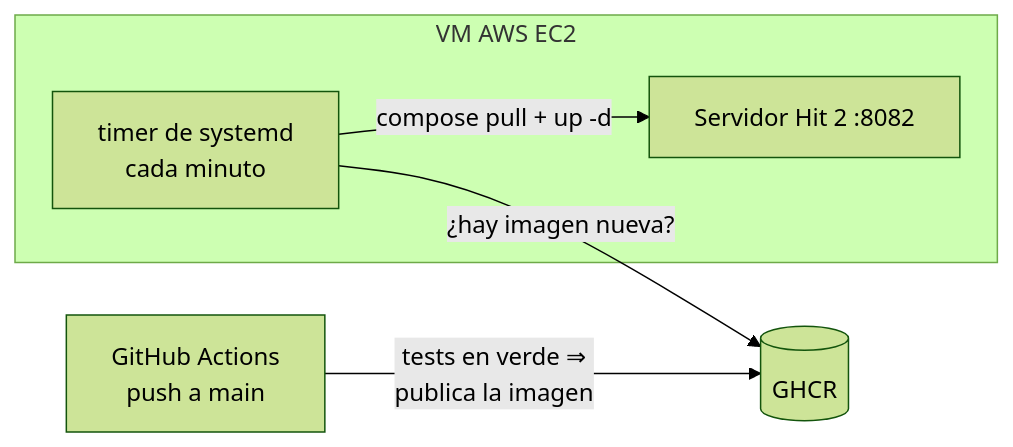
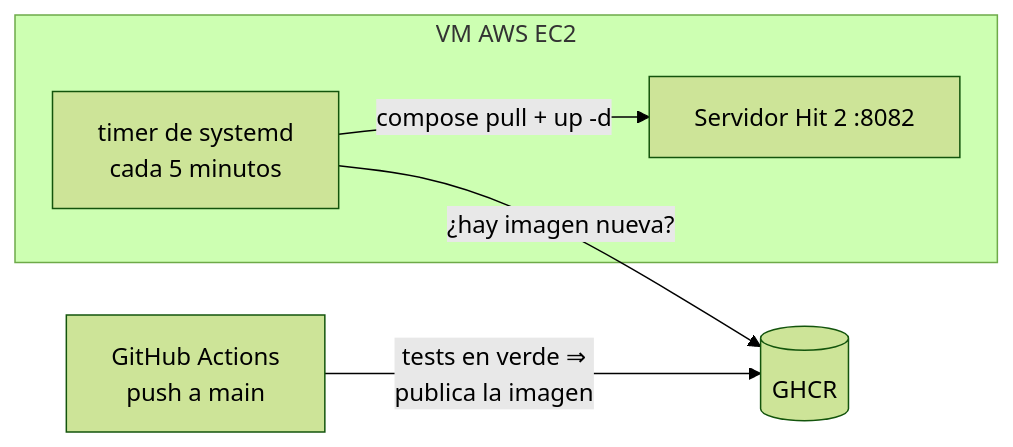
The diagram in hit2/README.md (chimera-sdypp/sdypp_tp2), drawn with Mermaid (forest theme) before and after one commit. The commit also changed 7 other files, not shown here.

Commit message:
fix(despliegue): un candado común para los timers de la VM y pull cada 5 minutos

````diff
--- a/hit2/README.md
+++ b/hit2/README.md
@@ -203,8 +203,8 @@
 ```mermaid
 flowchart LR
     G["GitHub Actions<br/>push a main"] -- "tests en verde ⇒<br/>publica la imagen" --> R[(GHCR)]
     subgraph VM[VM AWS EC2]
-        T["timer de systemd<br/>cada minuto"] -- "compose pull + up -d" --> S[Servidor Hit 2 :8082]
+        T["timer de systemd<br/>cada 5 minutos"] -- "compose pull + up -d" --> S[Servidor Hit 2 :8082]
     end
     T -- "¿hay imagen nueva?" --> R
 ```
````
